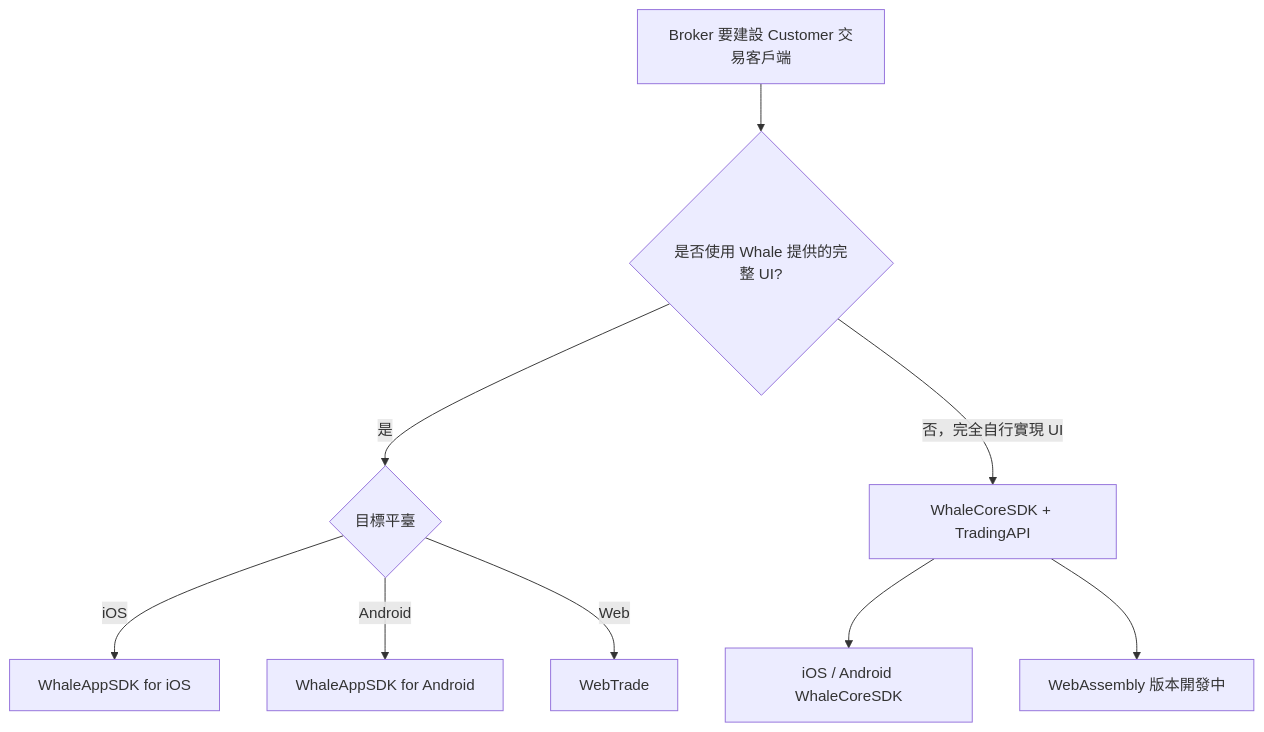
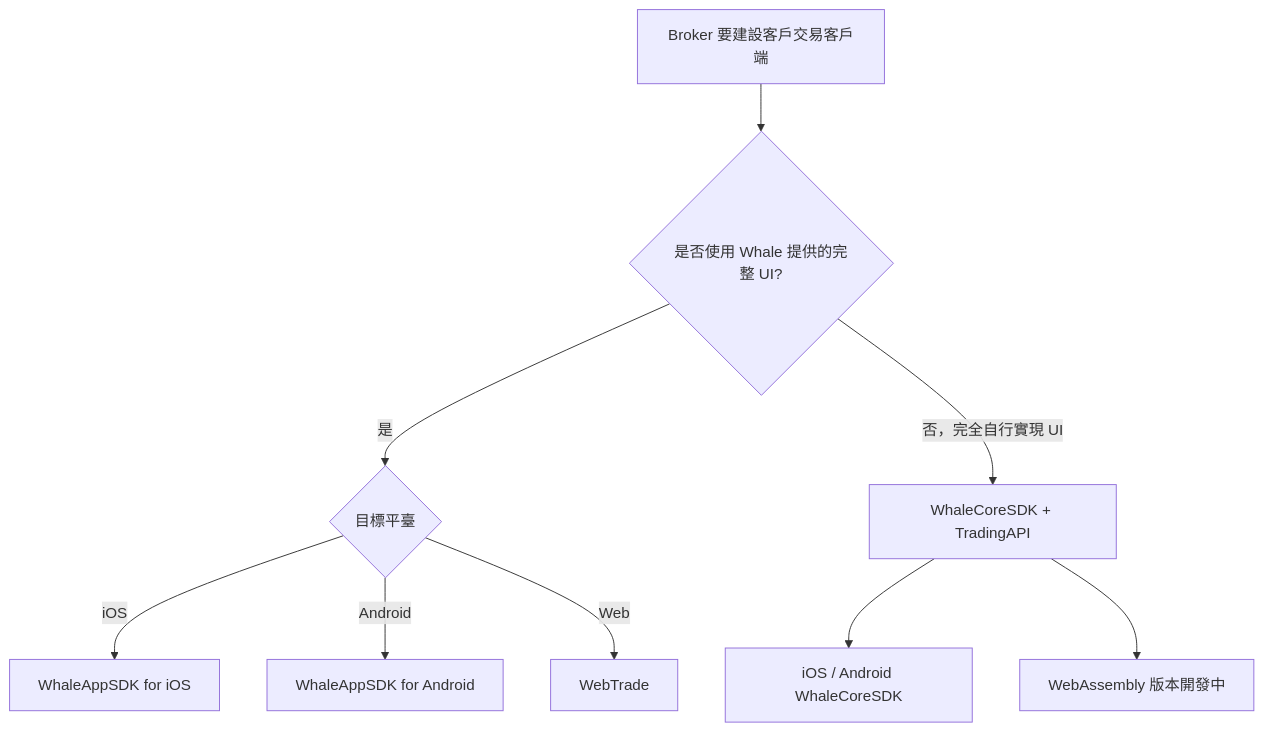
The diagram in docs/zh-HK/docs/integration-options.mdx (longbridge/whale-docs), drawn with Mermaid before and after one commit. The commit also changed other lines of this file and 72 other files, not shown here.

````diff
--- a/docs/zh-HK/docs/integration-options.mdx
+++ b/docs/zh-HK/docs/integration-options.mdx
@@ -22,11 +22,11 @@
 ```mermaid
 flowchart TD
-    A[Broker 要建設 Customer 交易客戶端] --> B{是否使用 Whale 提供的完整 UI?}
+    A[Broker 要建設客戶交易客戶端] --> B{是否使用 Whale 提供的完整 UI?}
     B -- 是 --> C{目標平臺}
     C -- iOS --> D[WhaleAppSDK for iOS]
     C -- Android --> E[WhaleAppSDK for Android]
     C -- Web --> F[WebTrade]
     B -- 否，完全自行實現 UI --> G[WhaleCoreSDK + TradingAPI]
     G --> H[iOS / Android WhaleCoreSDK]
     G --> I[WebAssembly 版本開發中]
 ```
````
